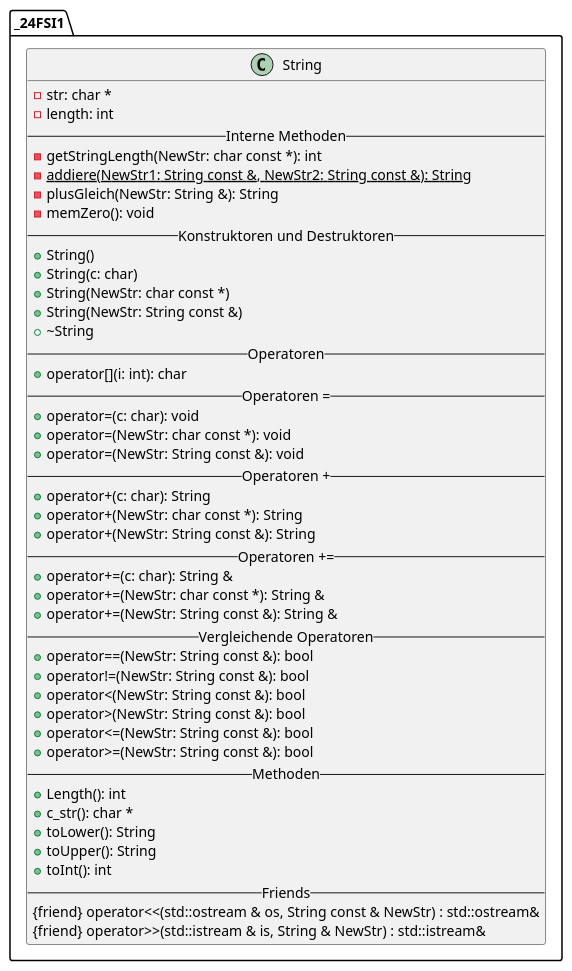
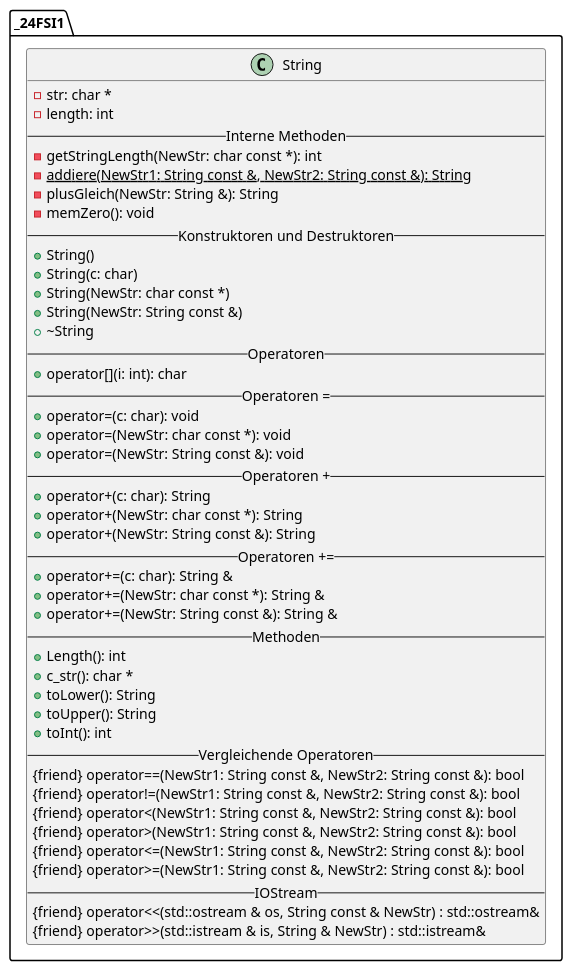
The diagram in String.puml (CarosCave/EigeneStrings), drawn with PlantUML before and after one commit. The commit also changed 4 other files, not shown here.

```diff
--- a/String.puml
+++ b/String.puml
@@ -1,50 +1,50 @@
 @startuml
 'https://plantuml.com/class-diagram
 set namespaceSeparator ::
 class _24FSI1::String {
 -str: char *
 -length: int
 -- Interne Methoden --
 -getStringLength(NewStr: char const *): int
 -{static}addiere(NewStr1: String const &, NewStr2: String const &): String
 -plusGleich(NewStr: String &): String
 -memZero(): void
 -- Konstruktoren und Destruktoren --
 +String()
 +String(c: char)
 +String(NewStr: char const *)
 +String(NewStr: String const &)
 +~String
 -- Operatoren --
 +operator[](i: int): char
 -- Operatoren = --
 +operator=(c: char): void
 +operator=(NewStr: char const *): void
 +operator=(NewStr: String const &): void
 -- Operatoren + --
 +operator+(c: char): String
 +operator+(NewStr: char const *): String
 +operator+(NewStr: String const &): String
 -- Operatoren += --
 +operator+=(c: char): String &
 +operator+=(NewStr: char const *): String &
 +operator+=(NewStr: String const &): String &
--- Vergleichende Operatoren --
-+operator==(NewStr: String const &): bool
-+operator!=(NewStr: String const &): bool
-+operator<(NewStr: String const &): bool
-+operator>(NewStr: String const &): bool
-+operator<=(NewStr: String const &): bool
-+operator>=(NewStr: String const &): bool
 -- Methoden --
 +Length(): int
 +c_str(): char *
 +toLower(): String
 +toUpper(): String
 +toInt(): int
--- Friends --
+-- Vergleichende Operatoren --
+{friend} operator==(NewStr1: String const &, NewStr2: String const &): bool
+{friend} operator!=(NewStr1: String const &, NewStr2: String const &): bool
+{friend} operator<(NewStr1: String const &, NewStr2: String const &): bool
+{friend} operator>(NewStr1: String const &, NewStr2: String const &): bool
+{friend} operator<=(NewStr1: String const &, NewStr2: String const &): bool
+{friend} operator>=(NewStr1: String const &, NewStr2: String const &): bool
+-- IOStream --
 {friend} operator<<(std::ostream & os, String const & NewStr) : std::ostream&
 {friend} operator>>(std::istream & is, String & NewStr) : std::istream&
 }
 }
 @enduml
```
